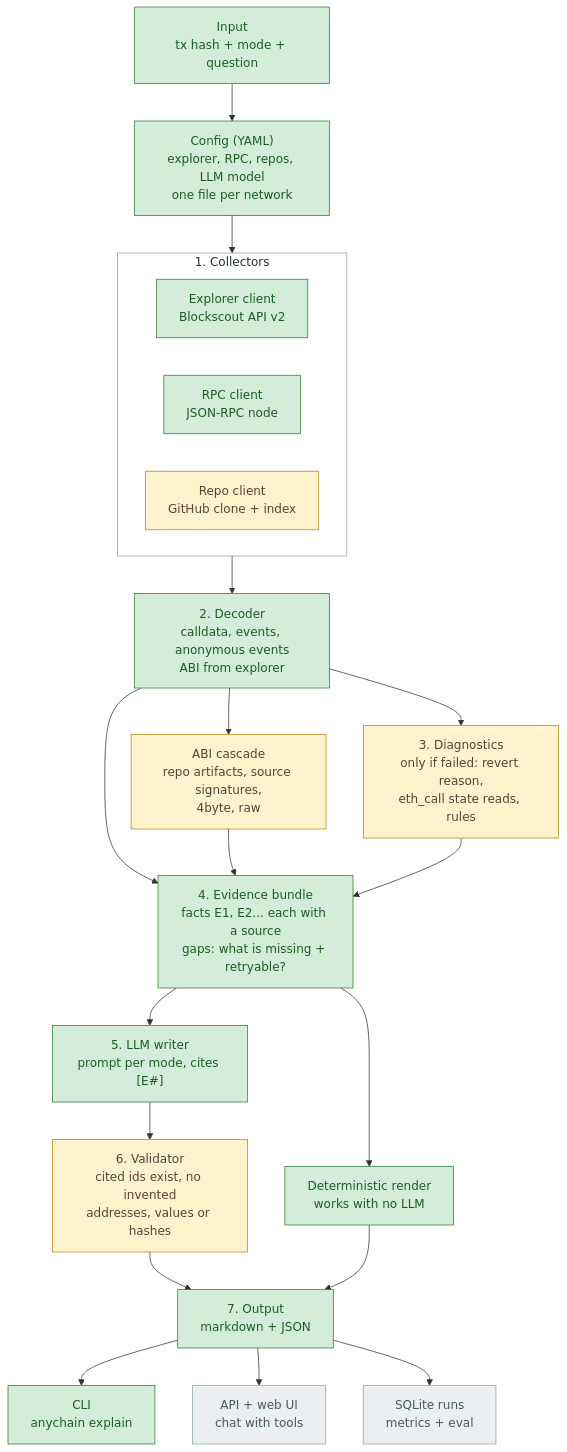
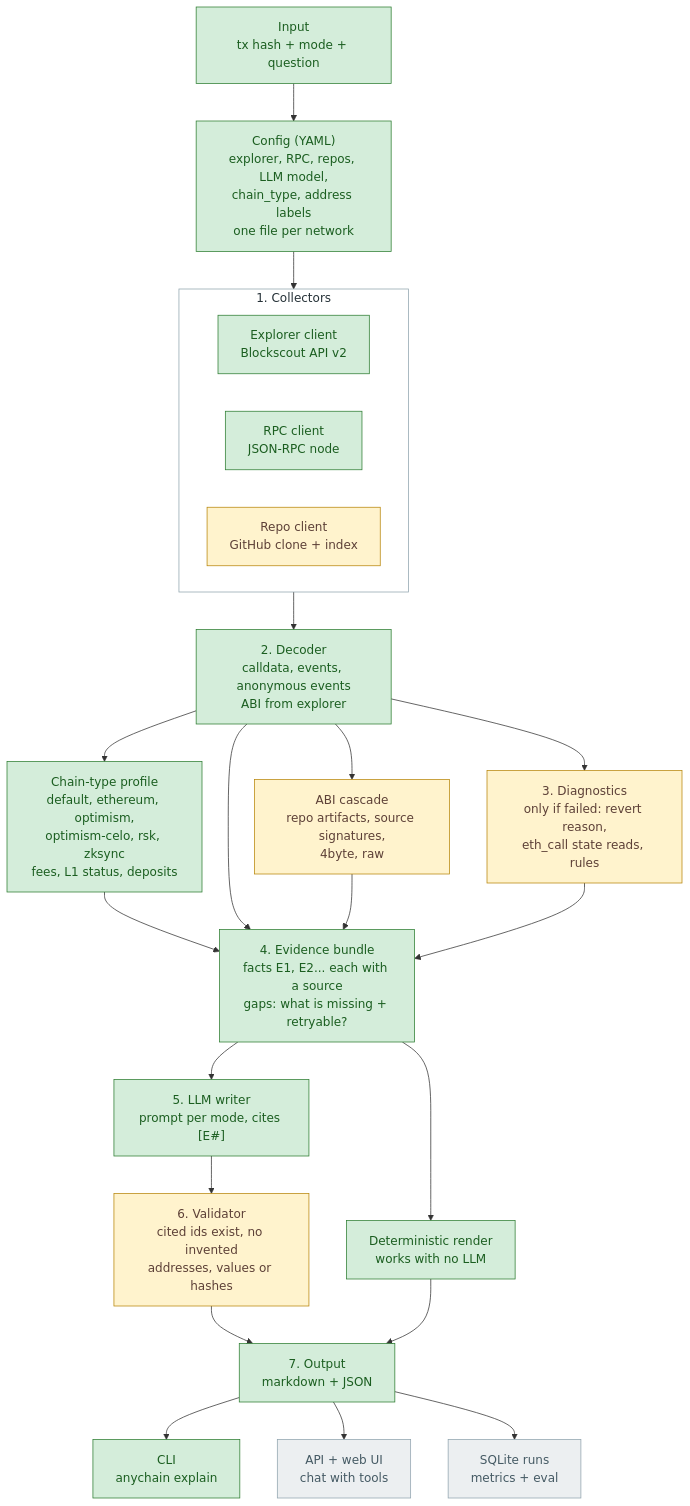
The first of 4 diagrams in docs/ARCHITECTURE.md (Ebaoj/anychain), drawn with Mermaid before and after one commit. The commit also changed other lines of this file and 3 other files, not shown here.

Commit message:
Docs: D20 chain-type profiles, roadmap with the phase 4 private devnet, diagrams in both languages

````diff
--- a/docs/ARCHITECTURE.md
+++ b/docs/ARCHITECTURE.md
@@ -20,40 +20,42 @@
 ```mermaid
 flowchart TD
     IN["Input<br/>tx hash + mode + question"] --> CFG
 
-    CFG["Config (YAML)<br/>explorer, RPC, repos, LLM model<br/>one file per network"]
+    CFG["Config (YAML)<br/>explorer, RPC, repos, LLM model,<br/>chain_type, address labels<br/>one file per network"]
 
     CFG --> COL
     subgraph COL["1. Collectors"]
         EXP["Explorer client<br/>Blockscout API v2"]
         RPC["RPC client<br/>JSON-RPC node"]
         REPO["Repo client<br/>GitHub clone + index"]
     end
 
     COL --> DEC["2. Decoder<br/>calldata, events, anonymous events<br/>ABI from explorer"]
+    DEC --> PRO["Chain-type profile<br/>default, ethereum, optimism,<br/>optimism-celo, rsk, zksync<br/>fees, L1 status, deposits"]
+    PRO --> BUN
     DEC --> CAS["ABI cascade<br/>repo artifacts, source signatures,<br/>4byte, raw"]
     DEC --> DIAG["3. Diagnostics<br/>only if failed: revert reason,<br/>eth_call state reads, rules"]
     DEC --> BUN
     CAS --> BUN
     DIAG --> BUN
 
     BUN["4. Evidence bundle<br/>facts E1, E2... each with a source<br/>gaps: what is missing + retryable?"]
     BUN --> WRI["5. LLM writer<br/>prompt per mode, cites [E#]"]
     BUN --> REN["Deterministic render<br/>works with no LLM"]
     WRI --> VAL["6. Validator<br/>cited ids exist, no invented<br/>addresses, values or hashes"]
     VAL --> OUT
     REN --> OUT
 
     OUT["7. Output<br/>markdown + JSON"] --> CLI["CLI<br/>anychain explain"]
     OUT --> API["API + web UI<br/>chat with tools"]
     OUT --> DB["SQLite runs<br/>metrics + eval"]
 
     classDef done fill:#d4edda,stroke:#2e7d32,color:#1b5e20
     classDef next fill:#fff3cd,stroke:#b8860b,color:#5d4037
     classDef later fill:#eceff1,stroke:#90a4ae,color:#455a64
 
-    class IN,CFG,EXP,RPC,DEC,BUN,WRI,REN,OUT,CLI done
+    class IN,CFG,EXP,RPC,DEC,PRO,BUN,WRI,REN,OUT,CLI done
     class REPO,CAS,DIAG,VAL next
     class API,DB later
     style COL fill:#ffffff,stroke:#90a4ae,color:#263238
 ```
````
